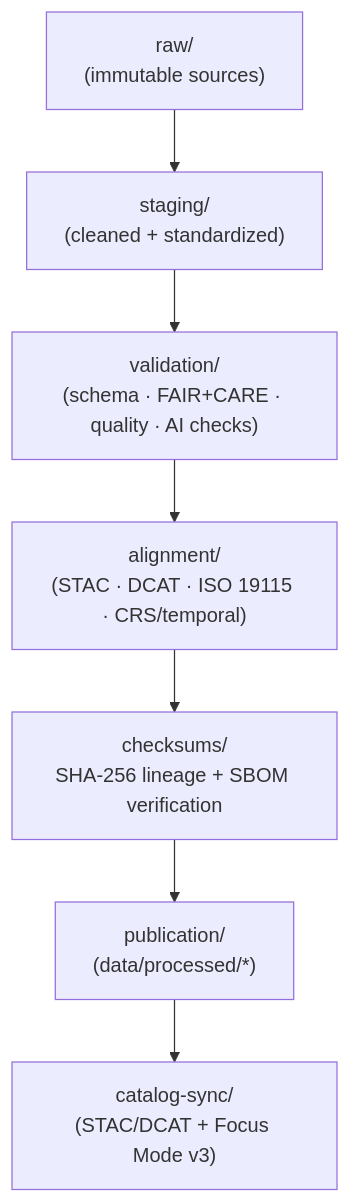
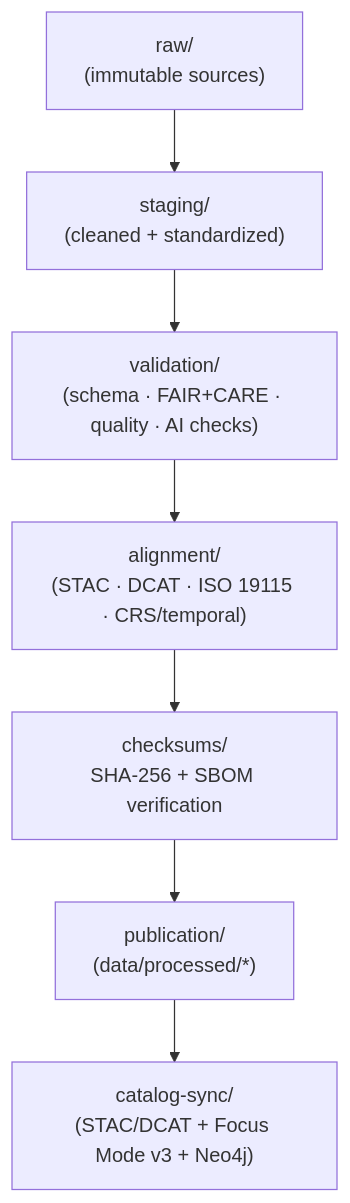
Before and after one commit to bartytime4life/Kansas-Frontier-Matrix: the diagram in data/processed/README.md, drawn with Mermaid. The commit also changed other lines of this file, not shown here.

````diff
--- a/data/processed/README.md
+++ b/data/processed/README.md
@@ -147,15 +154,15 @@
-~~~~mermaid
+```mermaid
 flowchart TD
   A["raw/\n(immutable sources)"]
     --> B["staging/\n(cleaned + standardized)"]
 
   B --> C["validation/\n(schema · FAIR+CARE · quality · AI checks)"]
 
   C --> D["alignment/\n(STAC · DCAT · ISO 19115 · CRS/temporal)"]
 
-  D --> E["checksums/\nSHA-256 lineage + SBOM verification"]
+  D --> E["checksums/\nSHA-256 + SBOM verification"]
 
   E --> F["publication/\n(data/processed/*)"]
 
-  F --> G["catalog-sync/\n(STAC/DCAT + Focus Mode v3)"]
-~~~~
+  F --> G["catalog-sync/\n(STAC/DCAT + Focus Mode v3 + Neo4j)"]
+```
````
